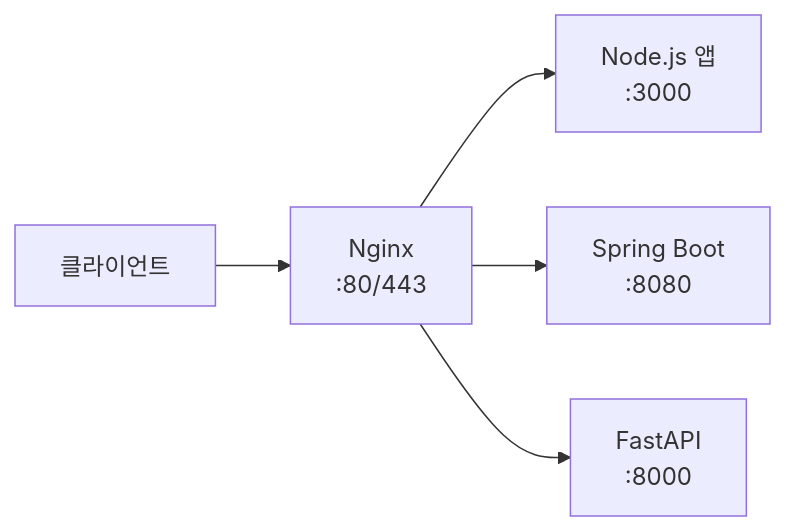
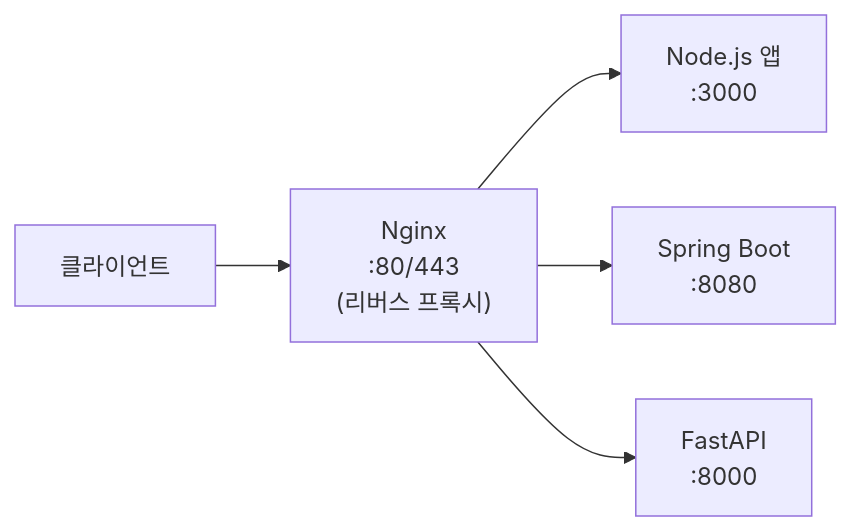
One commit to yjkim2015/yjkim2015.github.io changed the fourth of 6 diagrams in _posts/server/2026-05-02-nginx-deep.md. Above: the diagram before and after it, drawn with Mermaid. The commit also changed other lines of this file and 34 other files, not shown here.

First line of the commit message:
Full quality pass: 41 files — ASCII removed, 동작원리 보강, diagrams

````diff
--- a/_posts/server/2026-05-02-nginx-deep.md
+++ b/_posts/server/2026-05-02-nginx-deep.md
@@ -231,7 +242,7 @@
-```mermaid
+<div class="mermaid">
 graph LR
-    Client["클라이언트"] --> Nginx["Nginx<br>:80/443"]
-    Nginx --> NodeApp["Node.js 앱<br>:3000"]
-    Nginx --> JavaApp["Spring Boot<br>:8080"]
-    Nginx --> PythonApp["FastAPI<br>:8000"]
-```
+    Client["클라이언트"] --> Nginx["Nginx\n:80/443\n(리버스 프록시)"]
+    Nginx --> NodeApp["Node.js 앱\n:3000"]
+    Nginx --> JavaApp["Spring Boot\n:8080"]
+    Nginx --> PythonApp["FastAPI\n:8000"]
+</div>
````
